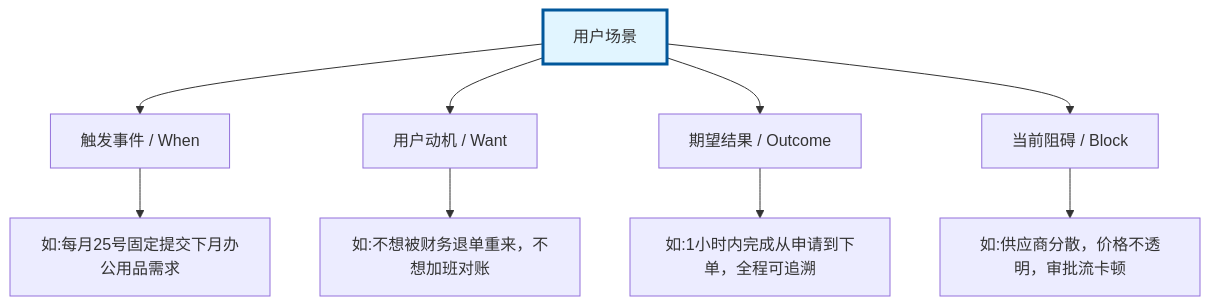
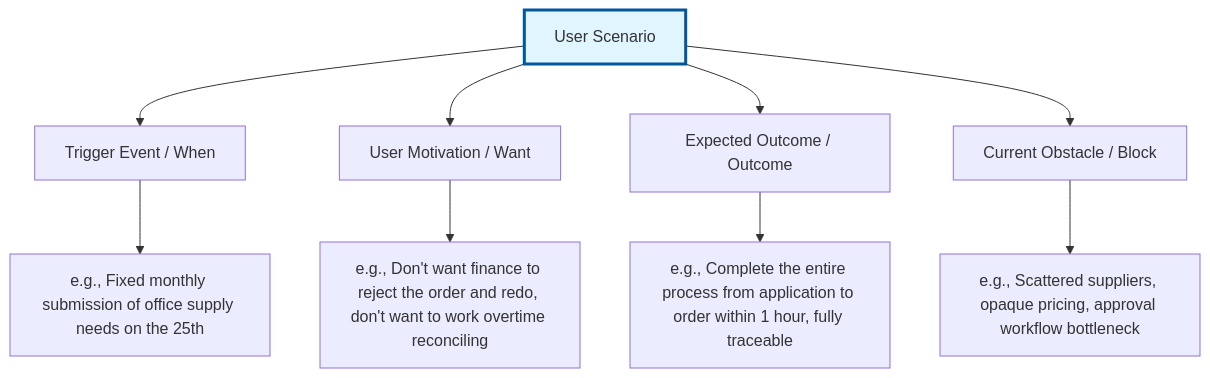
Before and after one commit to Kirky-X/cangjie: the fifth of 18 diagrams in templates/产品/战略层/【模板】市场需求文档.md, drawn with Mermaid. The commit also changed other lines of this file and 46 other files, not shown here.

````diff
--- a/templates/产品/战略层/【模板】市场需求文档.md
+++ b/templates/产品/战略层/【模板】市场需求文档.md
@@ -207,14 +207,14 @@
 ```mermaid
 graph TD
-    A[用户场景] --> B[触发事件 / When]
-    A --> C[用户动机 / Want]
-    A --> D[期望结果 / Outcome]
-    A --> E[当前阻碍 / Block]
+    A[User Scenario] --> B[Trigger Event / When]
+    A --> C[User Motivation / Want]
+    A --> D[Expected Outcome / Outcome]
+    A --> E[Current Obstacle / Block]
 
-    B --> B1[如:每月25号固定提交下月办公用品需求]
-    C --> C1[如:不想被财务退单重来，不想加班对账]
-    D --> D1[如:1小时内完成从申请到下单，全程可追溯]
-    E --> E1[如:供应商分散，价格不透明，审批流卡顿]
+    B --> B1[e.g., Fixed monthly submission of office supply needs on the 25th]
+    C --> C1[e.g., Don't want finance to reject the order and redo, don't want to work overtime reconciling]
+    D --> D1[e.g., Complete the entire process from application to order within 1 hour, fully traceable]
+    E --> E1[e.g., Scattered suppliers, opaque pricing, approval workflow bottleneck]
 
     style A fill:#e1f5ff,stroke:#01579b,stroke-width:3px
 ```
````
